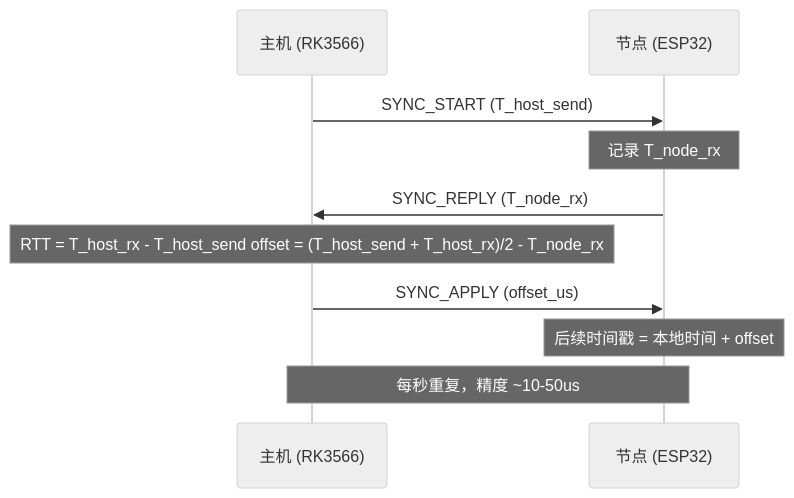
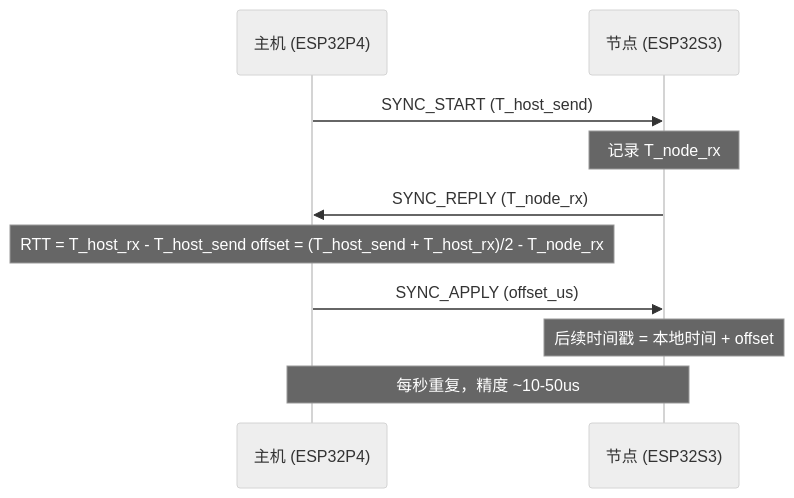
One commit to yangcong-bit/ESP_ICM42688 changed the third of 3 diagrams in README.md. Above: the diagram before and after it, drawn with Mermaid (neutral theme). The commit also changed other lines of this file and 2 other files, not shown here.

Commit message:
fix: 修正 16MB PSRAM 物理驱动为 Octal 八线模式，解决上电 Panic 崩溃

````diff
--- a/README.md
+++ b/README.md
@@ -150,12 +150,12 @@
 ```mermaid
 sequenceDiagram
-    participant H as 主机 (RK3566)
-    participant N as 节点 (ESP32)
+    participant H as 主机 (ESP32P4)
+    participant N as 节点 (ESP32S3)
     H->>N: SYNC_START (T_host_send)
     Note over N: 记录 T_node_rx
     N->>H: SYNC_REPLY (T_node_rx)
     Note over H: RTT = T_host_rx - T_host_send offset = (T_host_send + T_host_rx)/2 - T_node_rx
     H->>N: SYNC_APPLY (offset_us)
     Note over N: 后续时间戳 = 本地时间 + offset
     Note over H,N: 每秒重复，精度 ~10-50us
 ```
````
